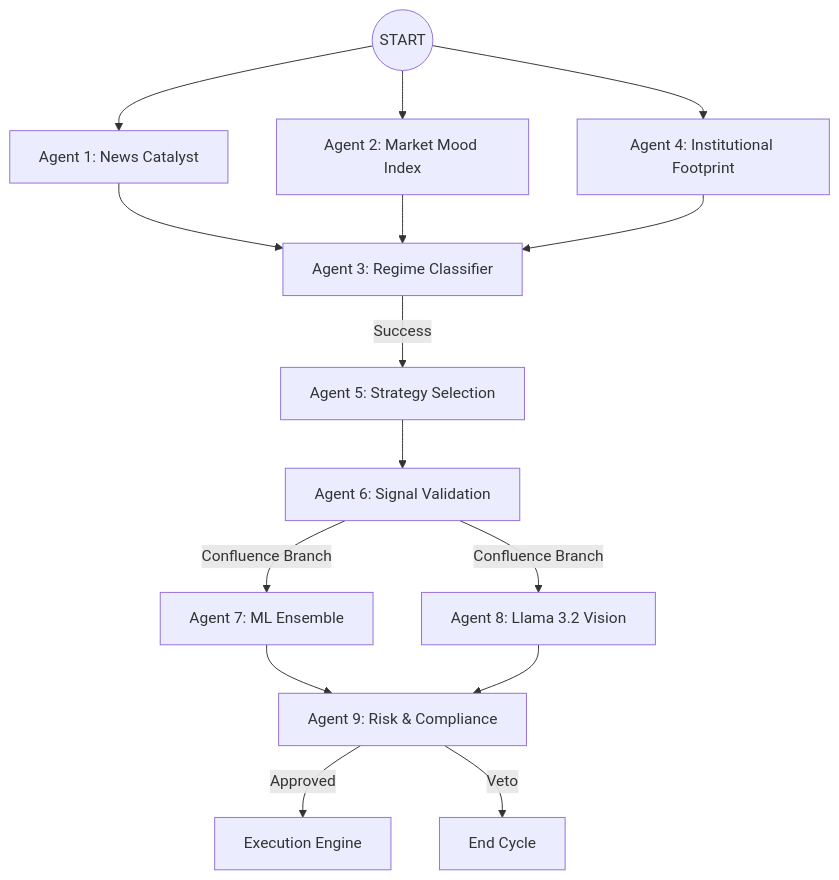
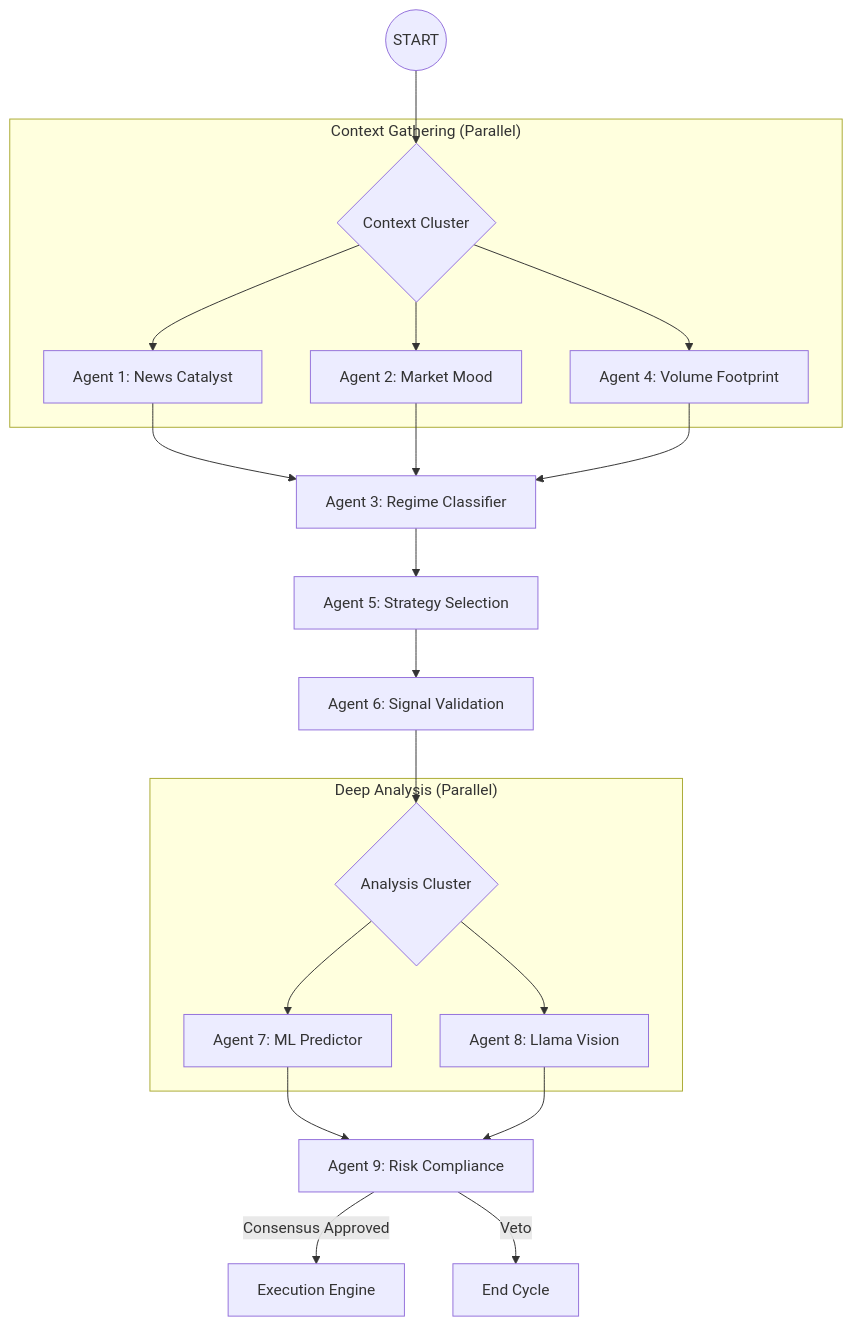
One commit to Pradeep8978/RakshaQuant changed the diagram in README.md. Above: the diagram before and after it, drawn with Mermaid. The commit also changed other lines of this file and 1 other file, not shown here.

Commit message:
refactor: implement parallel fan-out for signal analysis and update configuration and documentation for v4.5 release

````diff
--- a/README.md
+++ b/README.md
@@ -29,22 +25,30 @@
 ```mermaid
 graph TD
-    START((START)) --> NEWS[Agent 1: News Catalyst]
-    START --> MOOD[Agent 2: Market Mood Index]
-    START --> VOLUME[Agent 4: Institutional Footprint]
+    START((START)) --> CLUSTER_1{Context Cluster}
+    
+    subgraph "Context Gathering (Parallel)"
+    CLUSTER_1 --> NEWS[Agent 1: News Catalyst]
+    CLUSTER_1 --> MOOD[Agent 2: Market Mood]
+    CLUSTER_1 --> VOLUME[Agent 4: Volume Footprint]
+    end
     
     NEWS --> REGIME[Agent 3: Regime Classifier]
     MOOD --> REGIME
     VOLUME --> REGIME
     
-    REGIME -- "Success" --> STRATEGY[Agent 5: Strategy Selection]
+    REGIME --> STRATEGY[Agent 5: Strategy Selection]
     STRATEGY --> VALIDATOR[Agent 6: Signal Validation]
     
-    VALIDATOR -- "Confluence Branch" --> PREDICT[Agent 7: ML Ensemble]
-    VALIDATOR -- "Confluence Branch" --> VISION[Agent 8: Llama 3.2 Vision]
+    VALIDATOR --> CLUSTER_2{Analysis Cluster}
     
-    PREDICT --> RISK[Agent 9: Risk & Compliance]
+    subgraph "Deep Analysis (Parallel)"
+    CLUSTER_2 --> PREDICT[Agent 7: ML Predictor]
+    CLUSTER_2 --> VISION[Agent 8: Llama Vision]
+    end
+    
+    PREDICT --> RISK[Agent 9: Risk Compliance]
     VISION --> RISK
     
-    RISK -- "Approved" --> EXECUTE[Execution Engine]
+    RISK -- "Consensus Approved" --> EXECUTE[Execution Engine]
     RISK -- "Veto" --> REJECT[End Cycle]
 ```
````
